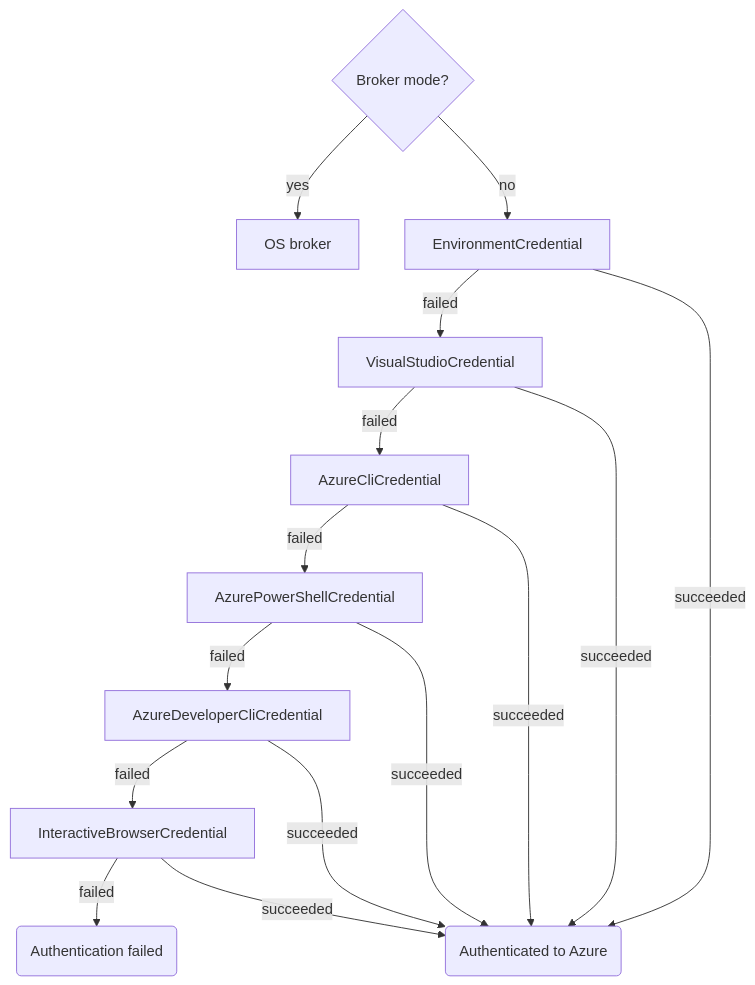
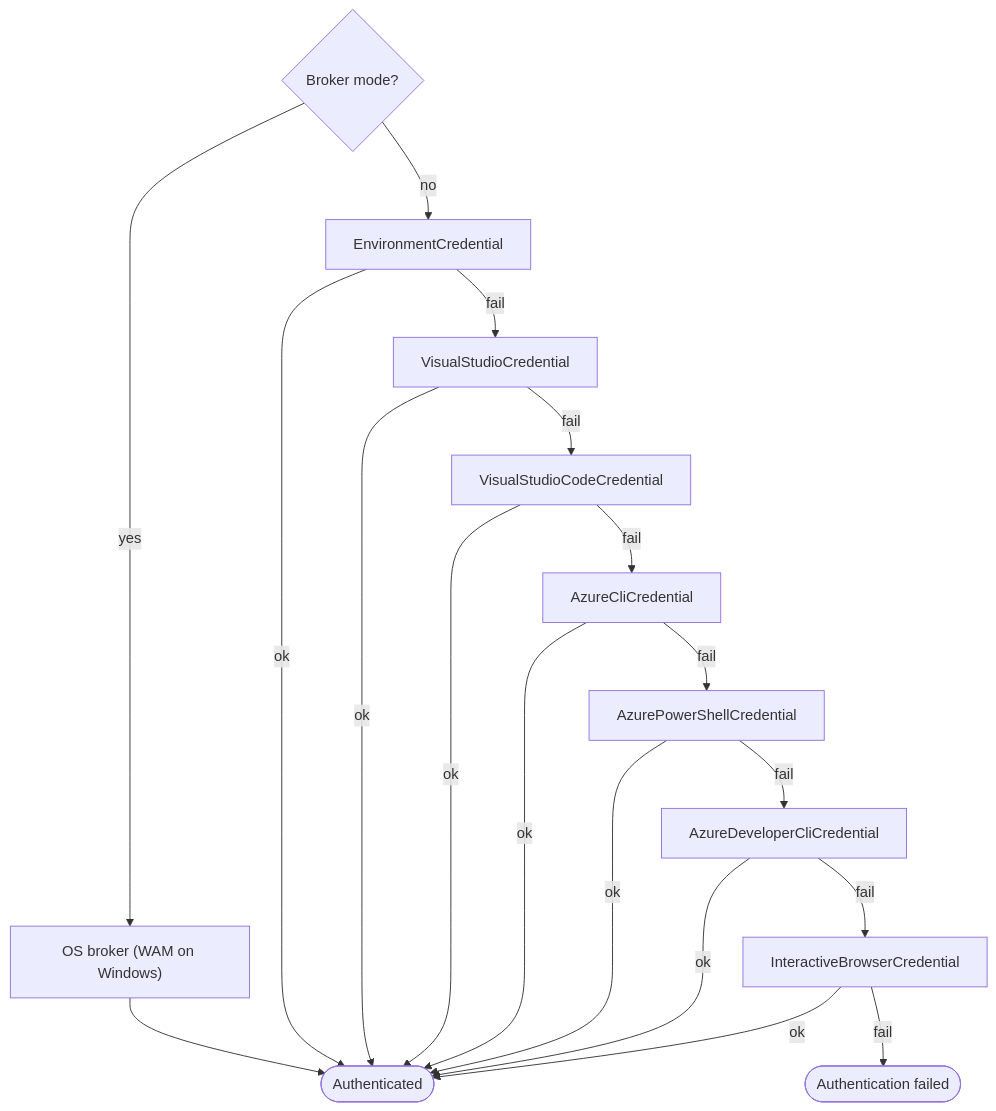
The first of 2 diagrams in docs/Authentication.md (microsoft/mcp), drawn with Mermaid before and after one commit. The commit also changed other lines of this file and 1 other file, not shown here.

Commit message:
Including remote (http) authentication and doc cleanup

````diff
--- a/docs/Authentication.md
+++ b/docs/Authentication.md
@@ -14,19 +19,20 @@
 ```mermaid
 flowchart TD
-    C{"Broker mode?"} -- yes --> D["OS broker"]
-    C -- no --> E["EnvironmentCredential"]
-    E -- failed --> n8["VisualStudioCredential"]
-    E -- succeeded --> n17["Authenticated to Azure"]
-    n8 -- failed --> n12["AzureCliCredential"]
-    n8 -- succeeded --> n17
-    n12 -- failed --> n13["AzurePowerShellCredential"]
-    n12 -- succeeded --> n17
-    n13 -- failed --> n14["AzureDeveloperCliCredential"]
-    n13 -- succeeded --> n17
-    n14 -- failed --> n15["InteractiveBrowserCredential"]
-    n14 -- succeeded --> n17
-    n15 -- failed --> n16["Authentication failed"]
-    n15 -- succeeded --> n17
-    n17@{ shape: event }
-    n16@{ shape: event }
+    Start{"Broker mode?"} -- yes --> Broker["OS broker (WAM on Windows)"]
+    Start -- no --> Env["EnvironmentCredential"]
+    Env -- fail --> VS["VisualStudioCredential"]
+    VS -- fail --> VSCode["VisualStudioCodeCredential"]
+    VSCode -- fail --> CLI["AzureCliCredential"]
+    CLI -- fail --> PS["AzurePowerShellCredential"]
+    PS -- fail --> AZD["AzureDeveloperCliCredential"]
+    AZD -- fail --> Browser["InteractiveBrowserCredential"]
+    Browser -- fail --> Failed(["Authentication failed"])
+    Broker --> OK(["Authenticated"])
+    Env -- ok --> OK
+    VS -- ok --> OK
+    VSCode -- ok --> OK
+    CLI -- ok --> OK
+    PS -- ok --> OK
+    AZD -- ok --> OK
+    Browser -- ok --> OK
 ```
````
